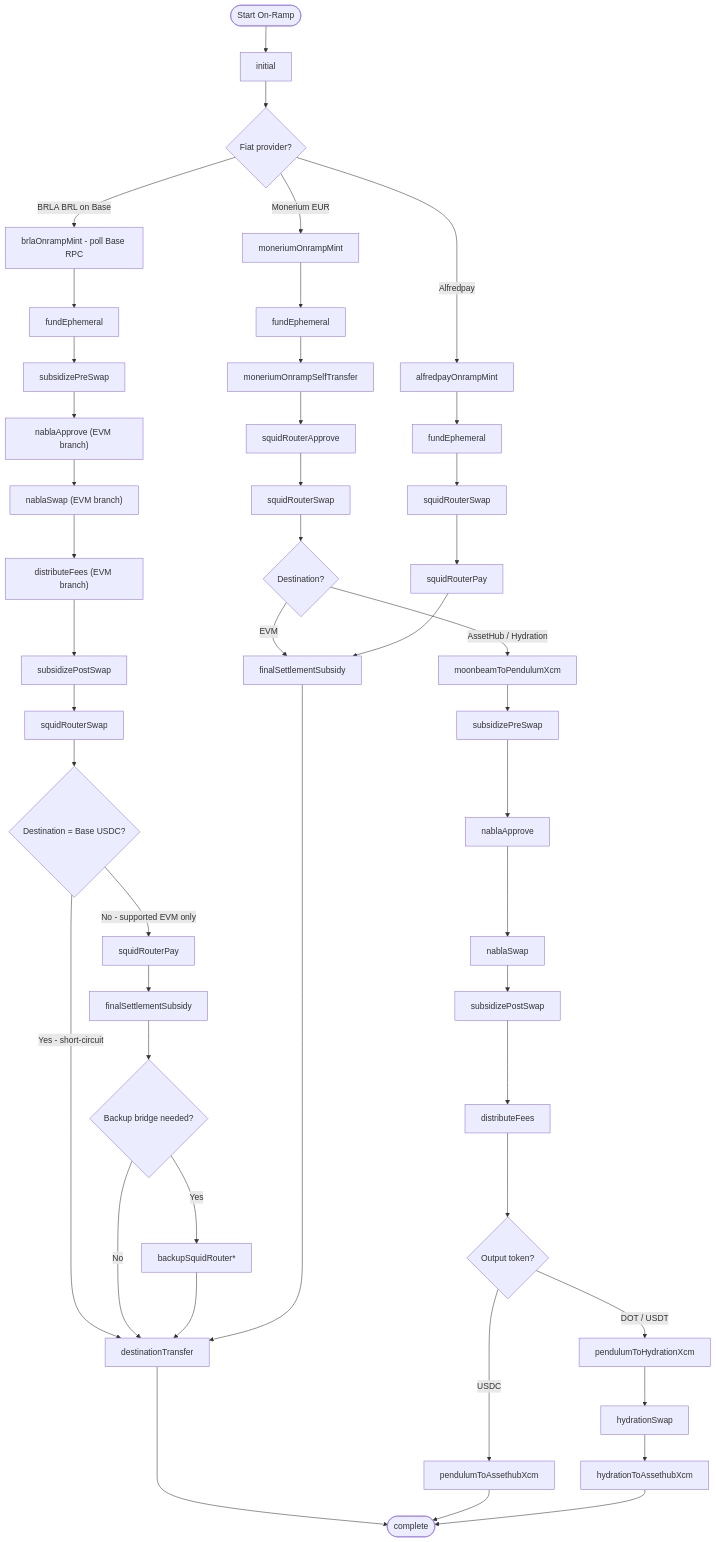
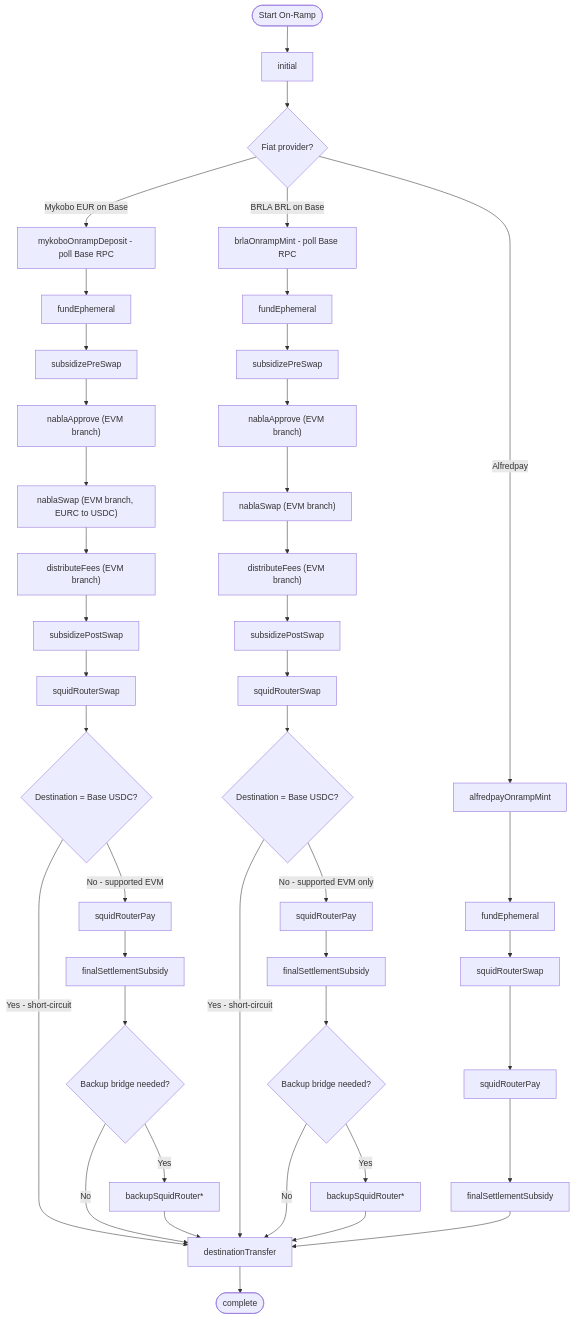
One commit to pendulum-chain/vortex changed the first of 2 diagrams in docs/security-spec/03-ramp-engine/ramp-phase-flows.md. Above: the diagram before and after it, drawn with Mermaid. The commit also changed other lines of this file and 1 other file, not shown here.

Commit message:
docs(security-spec): add Mykobo EUR-on-Base spec and update ramp phase flows
Adds 05-integrations/mykobo.md covering the active EUR rail (SEPA <-> EURC
on Base, mirroring BRLA-on-Base topology) with invariants, threat vectors,
and audit checklist. Updates ramp-phase-flows.md corridor list, mermaids,
handler-registry table, and audit checklist to reflect Mykobo on/offramp
and the removal of the Stellar-EUR offramp and Monerium-EUR onramp.

````diff
--- a/docs/security-spec/03-ramp-engine/ramp-phase-flows.md
+++ b/docs/security-spec/03-ramp-engine/ramp-phase-flows.md
@@ -51,61 +58,55 @@
 ```mermaid
 graph TD
     Start([Start On-Ramp]) --> Init[initial]
     Init --> Provider{Fiat provider?}
 
-    %% --- Monerium EUR on Polygon ---
-    Provider -->|Monerium EUR| MonMint[moneriumOnrampMint]
-    MonMint --> MonFund[fundEphemeral]
-    MonFund --> MonSelf[moneriumOnrampSelfTransfer]
-    MonSelf --> MonSquidApprove[squidRouterApprove]
-    MonSquidApprove --> MonSquidSwap[squidRouterSwap]
-    MonSquidSwap --> MonDest{Destination?}
-    MonDest -->|EVM| FinalSubsidy[finalSettlementSubsidy]
-    MonDest -->|AssetHub / Hydration| MonToPendulum[moonbeamToPendulumXcm]
-    MonToPendulum --> SubPre[subsidizePreSwap]
+    %% --- Mykobo EUR on Base ---
+    Provider -->|Mykobo EUR on Base| MykMint[mykoboOnrampDeposit - poll Base RPC]
+    MykMint --> MykFund[fundEphemeral]
+    MykFund --> MykSubPreEvm[subsidizePreSwap]
+    MykSubPreEvm --> MykApproveEvm["nablaApprove (EVM branch)"]
+    MykApproveEvm --> MykSwapEvm["nablaSwap (EVM branch, EURC to USDC)"]
+    MykSwapEvm --> MykDistEvm["distributeFees (EVM branch)"]
+    MykDistEvm --> MykSubPostEvm[subsidizePostSwap]
+    MykSubPostEvm --> MykSquidSwap[squidRouterSwap]
+    MykSquidSwap --> MykDest{Destination = Base USDC?}
+    MykDest -->|Yes - short-circuit| DestTransfer[destinationTransfer]
+    MykDest -->|No - supported EVM| MykSquidPay[squidRouterPay]
+    MykSquidPay --> MykFinalSubsidy[finalSettlementSubsidy]
+    MykFinalSubsidy --> MykBackup{Backup bridge needed?}
+    MykBackup -->|Yes| MykBackupSquid[backupSquidRouter*]
+    MykBackup -->|No| DestTransfer
+    MykBackupSquid --> DestTransfer
 
     %% --- BRL via Avenia/BRLA on Base ---
     Provider -->|BRLA BRL on Base| BrlaMint[brlaOnrampMint - poll Base RPC]
     BrlaMint --> BrlaFund[fundEphemeral]
     BrlaFund --> BrlaSubPreEvm[subsidizePreSwap]
     BrlaSubPreEvm --> BrlaApproveEvm["nablaApprove (EVM branch)"]
     BrlaApproveEvm --> BrlaSwapEvm["nablaSwap (EVM branch)"]
     BrlaSwapEvm --> BrlaDistEvm["distributeFees (EVM branch)"]
     BrlaDistEvm --> BrlaSubPostEvm[subsidizePostSwap]
     BrlaSubPostEvm --> BrlaSquidSwap[squidRouterSwap]
     BrlaSquidSwap --> BrlaDest{Destination = Base USDC?}
     BrlaDest -->|Yes - short-circuit| DestTransfer[destinationTransfer]
     BrlaDest -->|No - supported EVM only| BrlaSquidPay[squidRouterPay]
     %% BRL -> AssetHub is temporarily disabled at quote eligibility.
     BrlaSquidPay --> BrlaFinalSubsidy[finalSettlementSubsidy]
     BrlaFinalSubsidy --> BrlaBackup{Backup bridge needed?}
     BrlaBackup -->|Yes| BrlaBackupSquid[backupSquidRouter*]
     BrlaBackup -->|No| DestTransfer
     BrlaBackupSquid --> DestTransfer
 
     %% --- Alfredpay ---
     Provider -->|Alfredpay| AfMint[alfredpayOnrampMint]
     AfMint --> AfFund[fundEphemeral]
     AfFund --> AfSquidSwap[squidRouterSwap]
     AfSquidSwap --> AfSquidPay[squidRouterPay]
-    AfSquidPay --> FinalSubsidy
-
-    %% --- Common Pendulum swap path (Monerium AssetHub / Hydration) ---
-    SubPre --> NablaApprove[nablaApprove]
-    NablaApprove --> NablaSwap[nablaSwap]
-    NablaSwap --> SubPost[subsidizePostSwap]
-    SubPost --> Dist[distributeFees]
-    Dist --> AhRoute{Output token?}
-    AhRoute -->|USDC| ToAh[pendulumToAssethubXcm]
-    AhRoute -->|DOT / USDT| ToHydra[pendulumToHydrationXcm]
-    ToHydra --> HydraSwap[hydrationSwap]
-    HydraSwap --> HydraToAh[hydrationToAssethubXcm]
+    AfSquidPay --> FinalSubsidy[finalSettlementSubsidy]
 
     %% --- Final settlement (EVM via Squid) ---
     FinalSubsidy --> DestTransfer
 
     %% --- Terminal ---
     DestTransfer --> Complete([complete])
-    ToAh --> Complete
-    HydraToAh --> Complete
 ```
````
